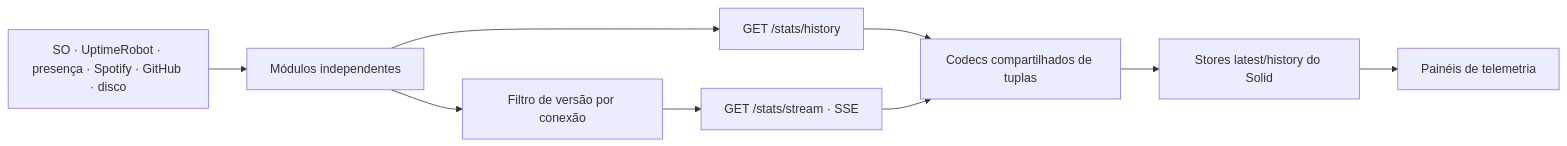
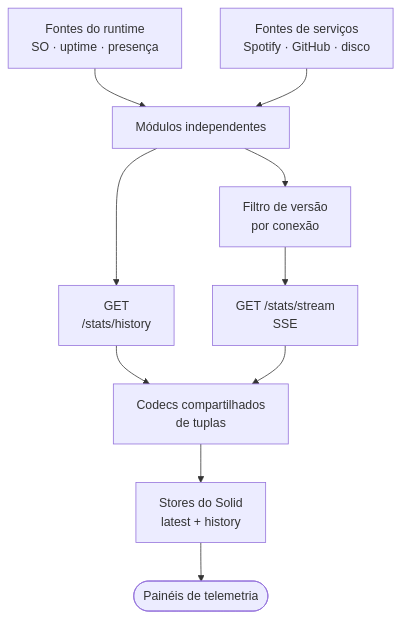
The diagram in web/content/blog/the-stats-pipeline.pt-BR.mdx (ErickCReis/ErickCReis), drawn with Mermaid before and after one commit. The commit also changed 23 other files, not shown here.

Commit message:
Polish Mermaid diagrams across blog posts

````diff
--- a/web/content/blog/the-stats-pipeline.pt-BR.mdx
+++ b/web/content/blog/the-stats-pipeline.pt-BR.mdx
@@ -10,11 +10,12 @@
 ```mermaid center
-flowchart LR
-  Sources["SO · UptimeRobot · presença · Spotify · GitHub · disco"] --> Collectors["Módulos independentes"]
-  Collectors --> History["GET /stats/history"]
-  Collectors --> Gate["Filtro de versão por conexão"]
-  Gate --> SSE["GET /stats/stream · SSE"]
-  History --> Codec["Codecs compartilhados de tuplas"]
+flowchart TB
+  Runtime["Fontes do runtime<br/>SO · uptime · presença"] --> Collectors["Módulos independentes"]
+  Services["Fontes de serviços<br/>Spotify · GitHub · disco"] --> Collectors
+  Collectors --> History["GET<br/>/stats/history"]
+  Collectors --> Gate["Filtro de versão<br/>por conexão"]
+  Gate --> SSE["GET /stats/stream<br/>SSE"]
+  History --> Codec["Codecs compartilhados<br/>de tuplas"]
   SSE --> Codec
-  Codec --> Stores["Stores latest/history do Solid"]
-  Stores --> Panels["Painéis de telemetria"]
+  Codec --> Stores["Stores do Solid<br/>latest + history"]
+  Stores --> Panels(["Painéis de telemetria"])
 ```
````
